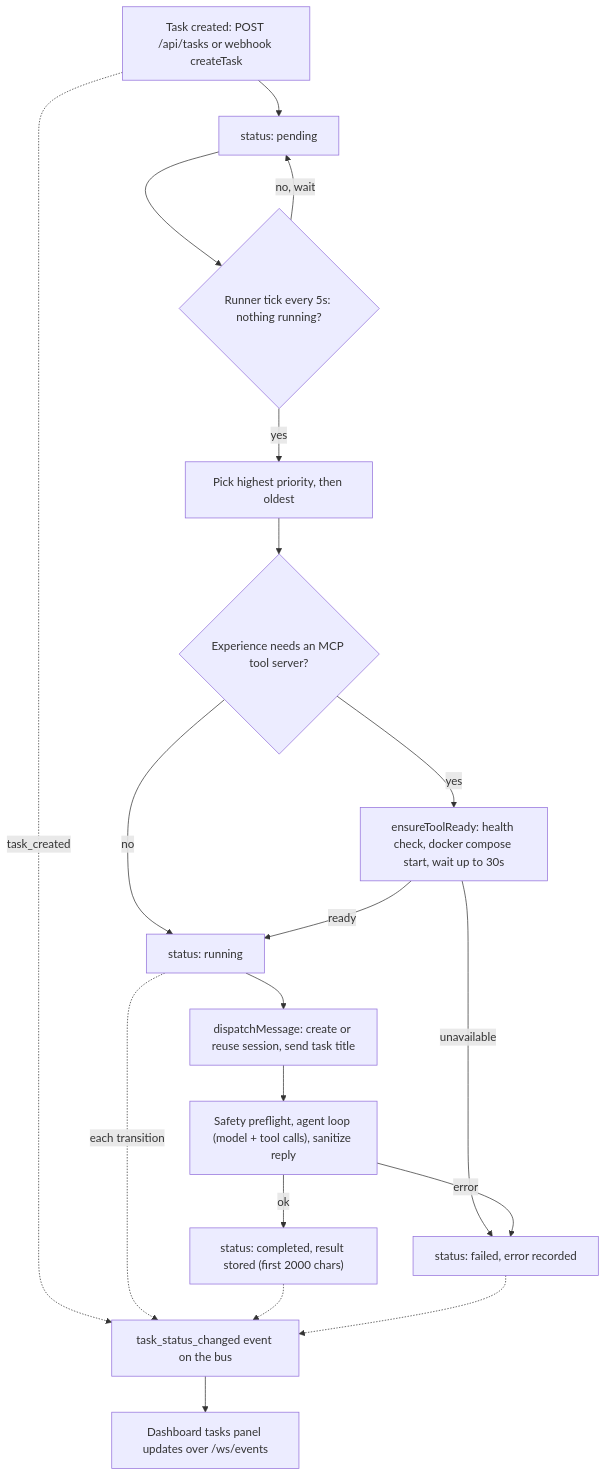
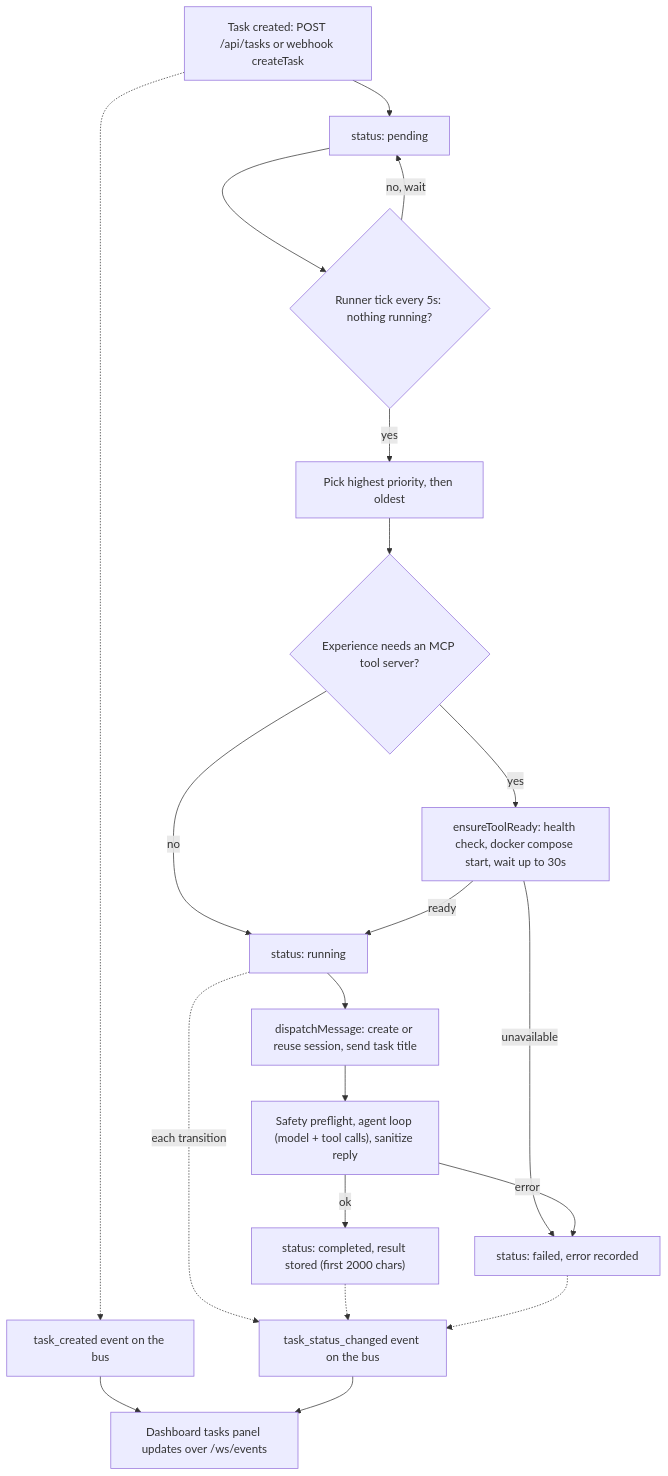
The diagram in docs/diagrams/task-lifecycle.mmd (nitsuah/motor-pool), drawn with Mermaid before and after one commit. The commit also changed 3 other files, not shown here.

First line of the commit message:
fix: address review — pin visual-docs actions, split task_created node, guard malformed markers

```diff
--- a/docs/diagrams/task-lifecycle.mmd
+++ b/docs/diagrams/task-lifecycle.mmd
@@ -1,30 +1,32 @@
 flowchart TD
   create["Task created: POST /api/tasks or webhook createTask"]
   pending["status: pending"]
   tick{"Runner tick every 5s: nothing running?"}
   pick["Pick highest priority, then oldest"]
   tool{"Experience needs an MCP tool server?"}
   ensure["ensureToolReady: health check, docker compose start, wait up to 30s"]
   running["status: running"]
   dispatch["dispatchMessage: create or reuse session, send task title"]
   turn["Safety preflight, agent loop (model + tool calls), sanitize reply"]
   done["status: completed, result stored (first 2000 chars)"]
   failed["status: failed, error recorded"]
+  created_evt["task_created event on the bus"]
   event["task_status_changed event on the bus"]
   board["Dashboard tasks panel updates over /ws/events"]
 
   create --> pending --> tick
   tick -- "yes" --> pick --> tool
   tick -- "no, wait" --> pending
   tool -- "yes" --> ensure
   tool -- "no" --> running
   ensure -- "ready" --> running
   ensure -- "unavailable" --> failed
   running --> dispatch --> turn
   turn -- "ok" --> done
   turn -- "error" --> failed
-  create -. "task_created" .-> event
+  create -.-> created_evt
+  created_evt --> board
   running -. "each transition" .-> event
   done -.-> event
   failed -.-> event
   event --> board
```
